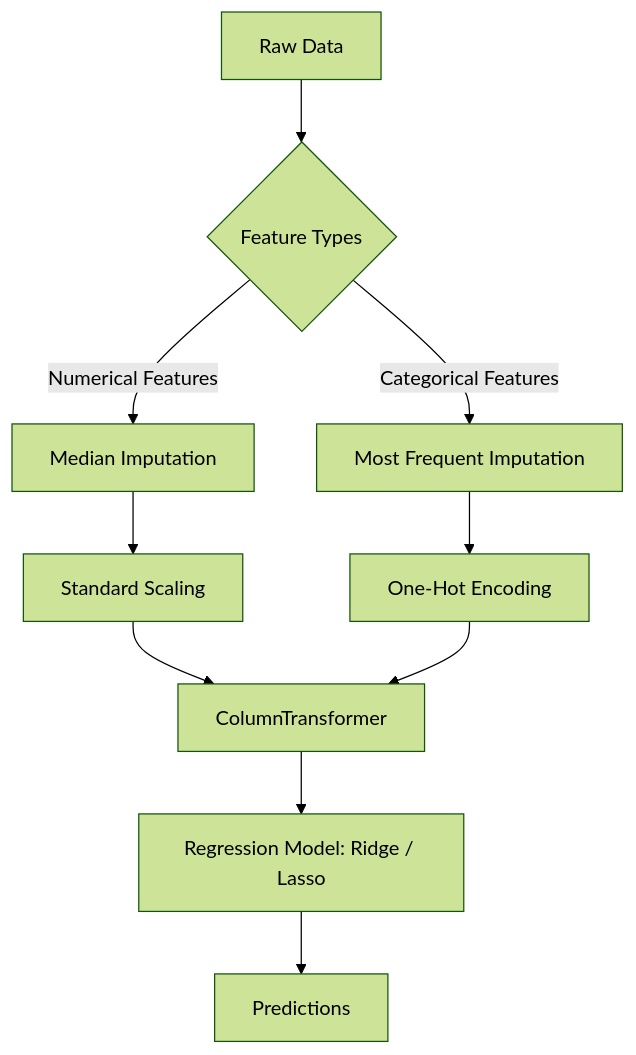
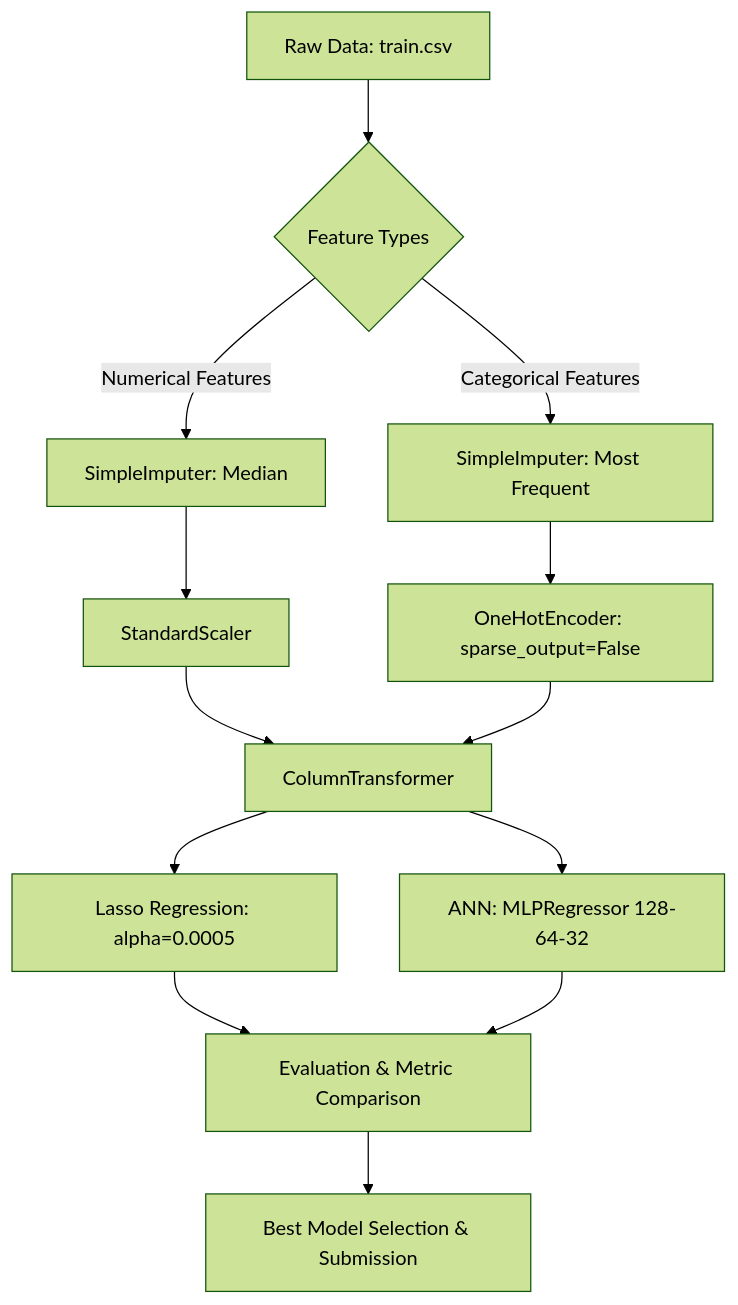
Before and after one commit to chavdatirth/Data-Science-project: the diagram in README.md, drawn with Mermaid (forest theme). The commit also changed other lines of this file and 4 other files, not shown here.

Commit message:
Add Artificial Neural Network (MLPRegressor) and comparison against Lasso Regression

````diff
--- a/README.md
+++ b/README.md
@@ -74,12 +77,15 @@
 ```mermaid
 graph TD
-    A[Raw Data] --> B{Feature Types}
-    B -->|Numerical Features| C[Median Imputation]
-    C --> D[Standard Scaling]
-    B -->|Categorical Features| E[Most Frequent Imputation]
-    E --> F[One-Hot Encoding]
+    A[Raw Data: train.csv] --> B{Feature Types}
+    B -->|Numerical Features| C[SimpleImputer: Median]
+    C --> D[StandardScaler]
+    B -->|Categorical Features| E[SimpleImputer: Most Frequent]
+    E --> F[OneHotEncoder: sparse_output=False]
     D --> G[ColumnTransformer]
     F --> G
-    G --> H[Regression Model: Ridge / Lasso]
-    H --> I[Predictions]
+    G --> H1[Lasso Regression: alpha=0.0005]
+    G --> H2[ANN: MLPRegressor 128-64-32]
+    H1 --> I[Evaluation & Metric Comparison]
+    H2 --> I
+    I --> J[Best Model Selection & Submission]
 ```
````
